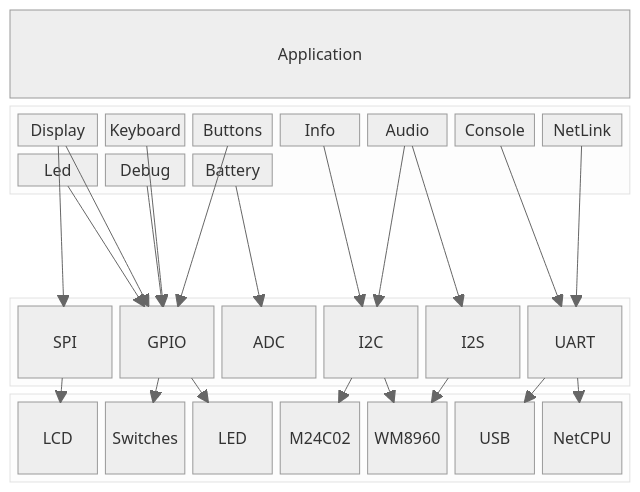
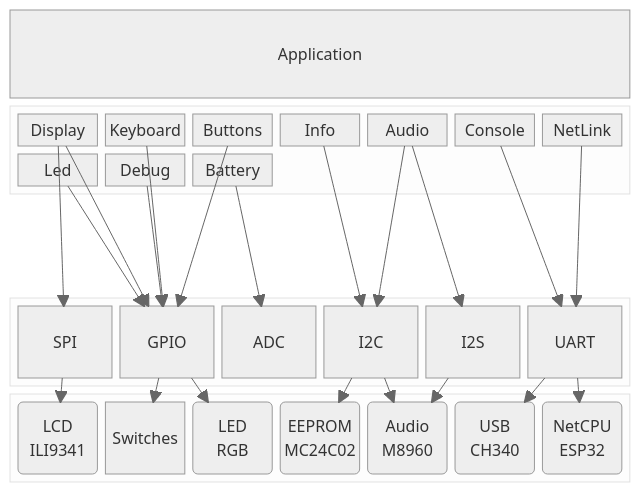
One commit to fluffy/bare-rust changed the sixth of 6 diagrams in Architecture.md. Above: the diagram before and after it, drawn with Mermaid (neutral theme). The commit also changed other lines of this file and 2 other files, not shown here.

````diff
--- a/Architecture.md
+++ b/Architecture.md
@@ -114,56 +129,56 @@
 ```mermaid
 block-beta
     columns 1
     Application
     block: BSP
       columns 7
       Display
       Keyboard
       Buttons
       Info
       Audio
       Console
       NetLink
       Led
       Debug
       Battery
     end
     space
     block: HAL
       SPI
       GPIO
       ADC
       I2C
       I2S
       UART
     end
     block: Hardware
-      LCD
+      ILI9341 ("LCD\nILI9341")
       Switches
-      LED
-      M24C02
-      WM8960
-      USB
-      NetCPU
+      LED ("LED\nRGB")
+      M24C02 ("EEPROM\nMC24C02")
+      WM8960 ("Audio\nM8960")
+      CH340 ("USB\nCH340")
+      NetCPU ("NetCPU\nESP32")
     end
     Keyboard --> GPIO
     Display --> SPI
     Display --> GPIO
     Led --> GPIO
     Debug --> GPIO
     Audio --> I2S
     Audio --> I2C
     Info --> I2C
     Battery --> ADC
     Console --> UART
     Buttons --> GPIO
     NetLink --> UART
-    SPI --> LCD
+    SPI --> ILI9341
     UART --> NetCPU
     I2C --> WM8960
     I2S --> WM8960
     I2C --> M24C02
     GPIO --> Switches
     GPIO --> LED
-    UART --> USB
+    UART --> CH340
 ```
````
